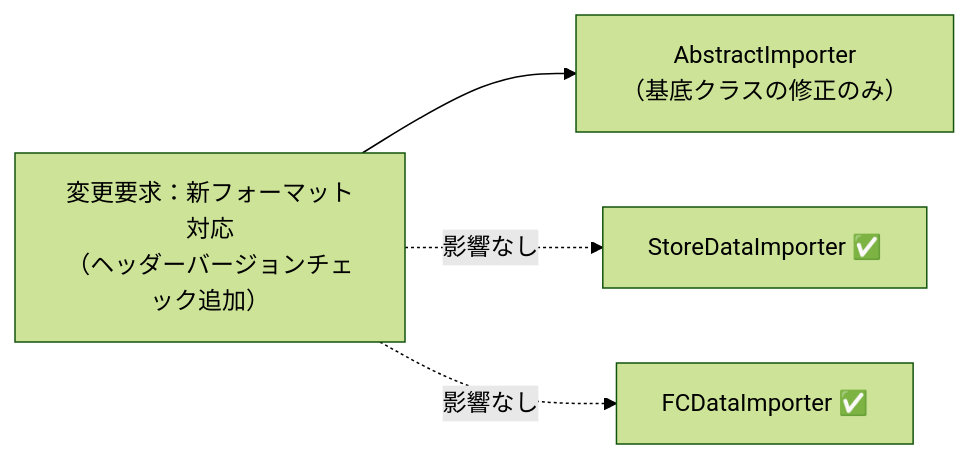
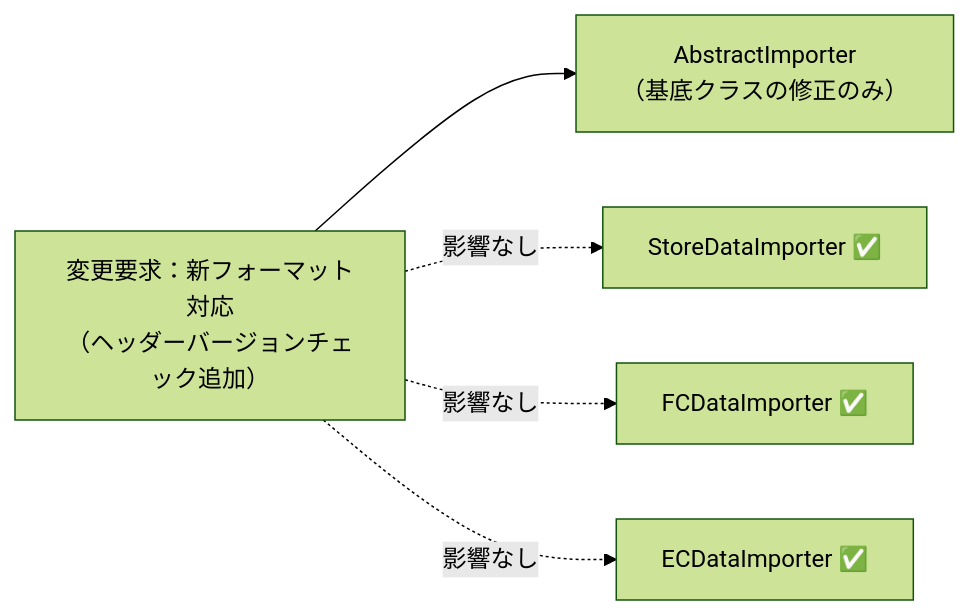
Before and after one commit to kumachan1101-pixel/DesignPattern: the fourth of 7 diagrams in kindle/design-patterns/output/chapter04.md, drawn with Mermaid (forest theme). The commit also changed other lines of this file and 9 other files, not shown here.

````diff
--- a/kindle/design-patterns/output/chapter04.md
+++ b/kindle/design-patterns/output/chapter04.md
@@ -713,7 +714,8 @@
 ```mermaid
 graph LR
     T1["変更要求：新フォーマット対応<br>（ヘッダーバージョンチェック追加）"] --> F1["AbstractImporter<br>（基底クラスの修正のみ）"]
     T1 -. "影響なし" .-> A["StoreDataImporter ✅"]
     T1 -. "影響なし" .-> B["FCDataImporter ✅"]
+    T1 -. "影響なし" .-> C["ECDataImporter ✅"]
 
 ```
````
